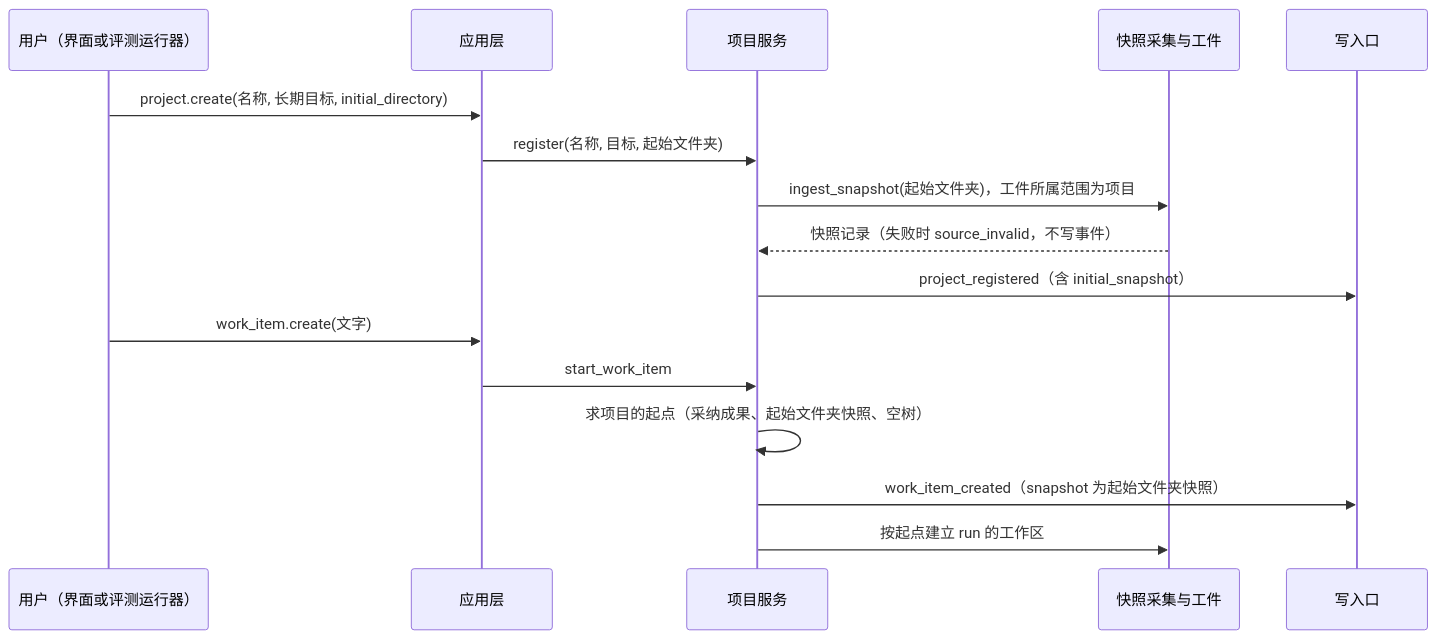
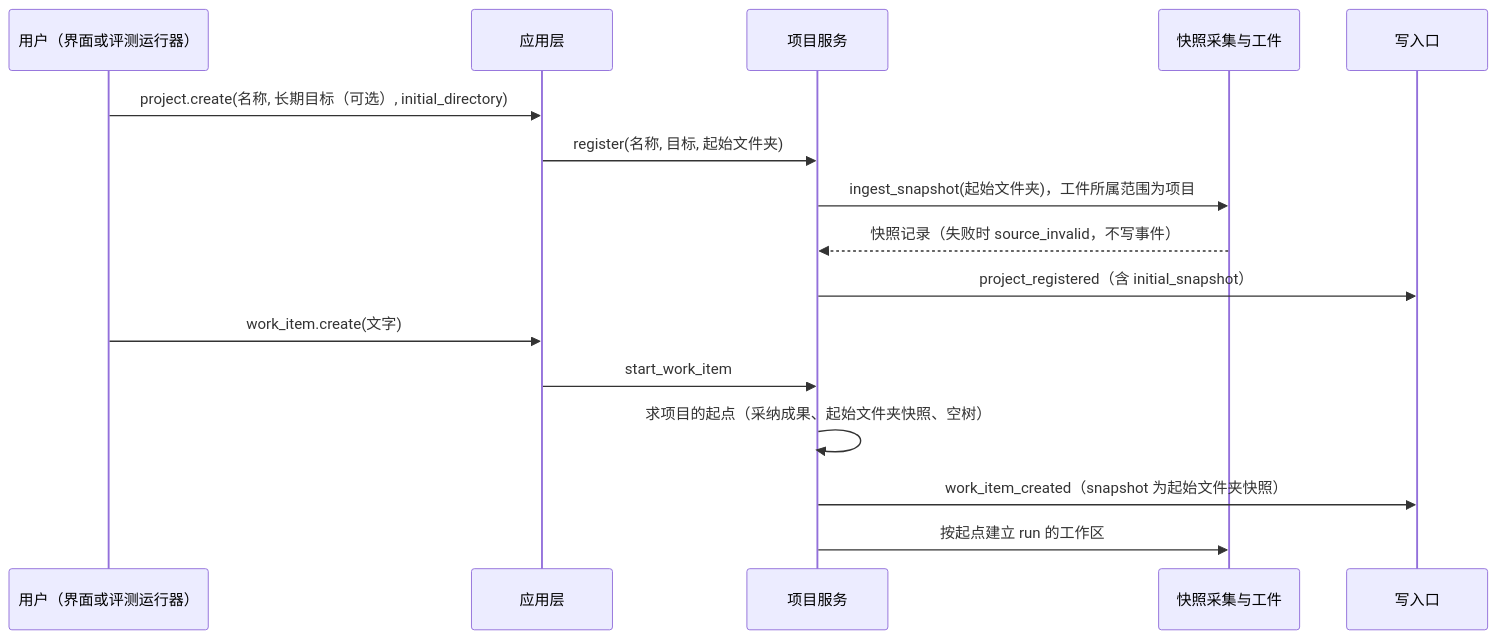
One commit to bender2333/yudao changed the second of 2 diagrams in docs/design/project-initial-files.md. Above: the diagram before and after it, drawn with Mermaid. The commit also changed other lines of this file and 7 other files, not shown here.

````diff
--- a/docs/design/project-initial-files.md
+++ b/docs/design/project-initial-files.md
@@ -61,18 +61,18 @@
 ```mermaid
 sequenceDiagram
   participant U as 用户（界面或评测运行器）
   participant A as 应用层
   participant P as 项目服务
   participant S as 快照采集与工件
   participant W as 写入口
-  U->>A: project.create(名称, 长期目标, initial_directory)
+  U->>A: project.create(名称, 长期目标（可选）, initial_directory)
   A->>P: register(名称, 目标, 起始文件夹)
   P->>S: ingest_snapshot(起始文件夹)，工件所属范围为项目
   S-->>P: 快照记录（失败时 source_invalid，不写事件）
   P->>W: project_registered（含 initial_snapshot）
   U->>A: work_item.create(文字)
   A->>P: start_work_item
   P->>P: 求项目的起点（采纳成果、起始文件夹快照、空树）
   P->>W: work_item_created（snapshot 为起始文件夹快照）
   P->>S: 按起点建立 run 的工作区
 ```
````
